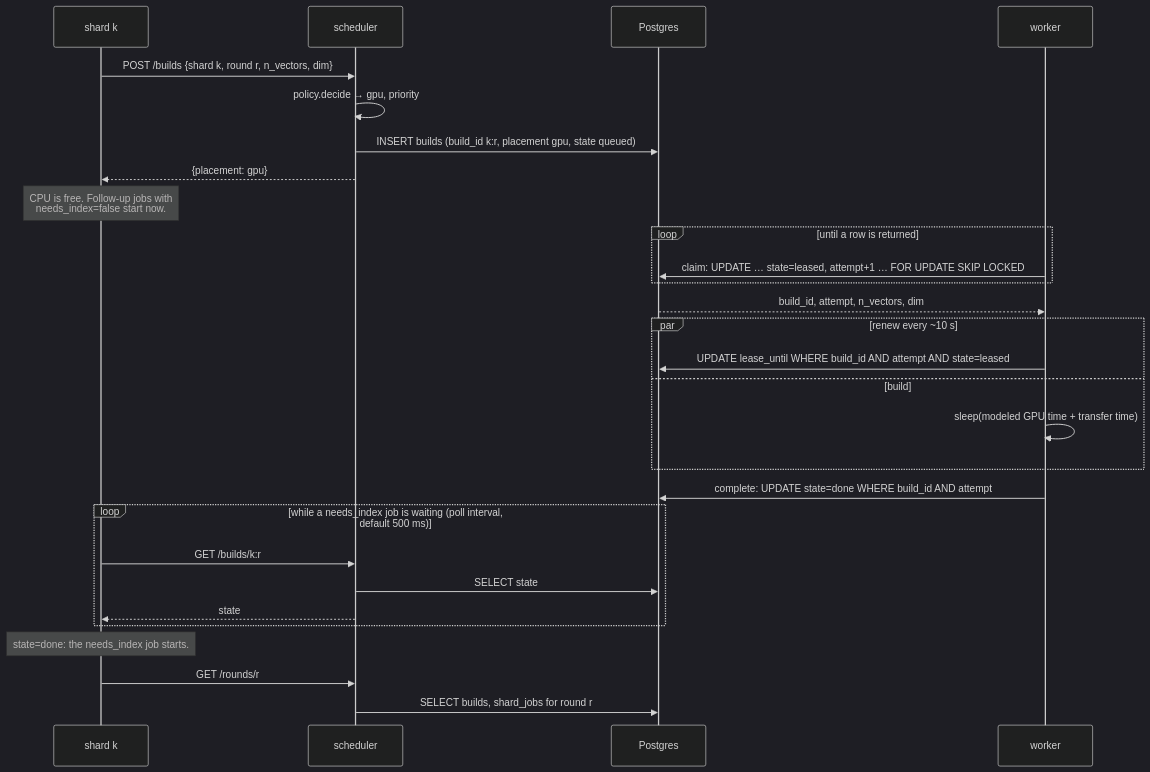
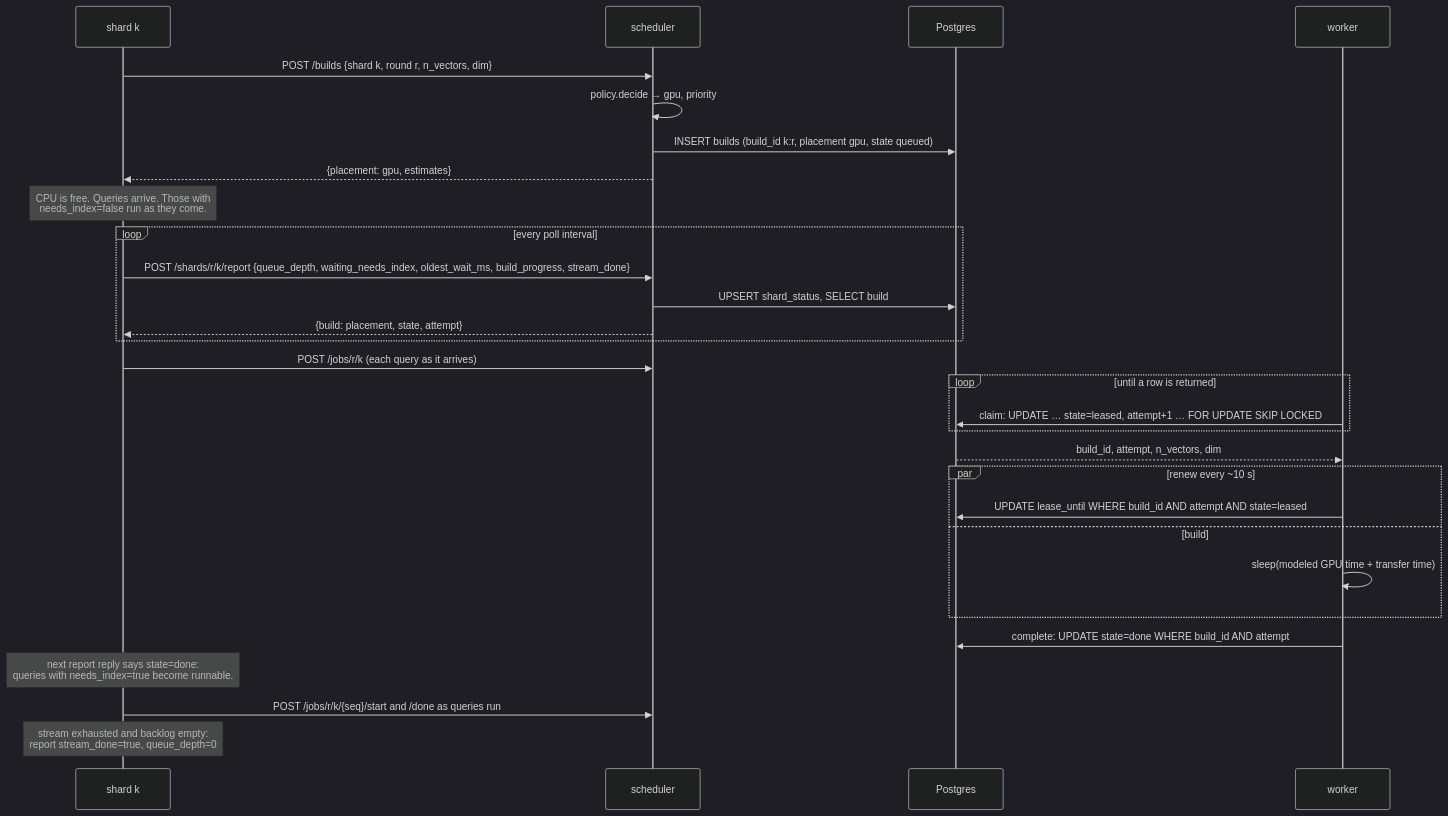
One commit to arqbca11/KubernetesGPU changed the second of 6 diagrams in docs/design/phase1-scheduler.md. Above: the diagram before and after it, drawn with Mermaid (dark theme). The commit also changed other lines of this file and 13 other files, not shown here.

First line of the commit message:
Model revision: queries arrive as a stream; shards report load; placement can change in flight

````diff
--- a/docs/design/phase1-scheduler.md
+++ b/docs/design/phase1-scheduler.md
@@ -52,34 +54,36 @@
 ```mermaid
 sequenceDiagram
     participant S as shard k
     participant A as scheduler
     participant P as Postgres
     participant W as worker
 
     S->>A: POST /builds {shard k, round r, n_vectors, dim}
     A->>A: policy.decide → gpu, priority
     A->>P: INSERT builds (build_id k:r, placement gpu, state queued)
-    A-->>S: {placement: gpu}
-    Note over S: CPU is free. Follow-up jobs with<br/>needs_index=false start now.
+    A-->>S: {placement: gpu, estimates}
+    Note over S: CPU is free. Queries arrive. Those with<br/>needs_index=false run as they come.
+
+    loop every poll interval
+        S->>A: POST /shards/r/k/report {queue_depth, waiting_needs_index, oldest_wait_ms, build_progress, stream_done}
+        A->>P: UPSERT shard_status, SELECT build
+        A-->>S: {build: placement, state, attempt}
+    end
+    S->>A: POST /jobs/r/k (each query as it arrives)
 
     loop until a row is returned
         W->>P: claim: UPDATE … state=leased, attempt+1 … FOR UPDATE SKIP LOCKED
     end
     P-->>W: build_id, attempt, n_vectors, dim
 
     par renew every ~10 s
         W->>P: UPDATE lease_until WHERE build_id AND attempt AND state=leased
     and build
         W->>W: sleep(modeled GPU time + transfer time)
     end
 
     W->>P: complete: UPDATE state=done WHERE build_id AND attempt
-    loop while a needs_index job is waiting (poll interval, default 500 ms)
-        S->>A: GET /builds/k:r
-        A->>P: SELECT state
-        A-->>S: state
-    end
-    Note over S: state=done: the needs_index job starts.
-    S->>A: GET /rounds/r
-    A->>P: SELECT builds, shard_jobs for round r
+    Note over S: next report reply says state=done:<br/>queries with needs_index=true become runnable.
+    S->>A: POST /jobs/r/k/{seq}/start and /done as queries run
+    Note over S: stream exhausted and backlog empty:<br/>report stream_done=true, queue_depth=0
 ```
````
